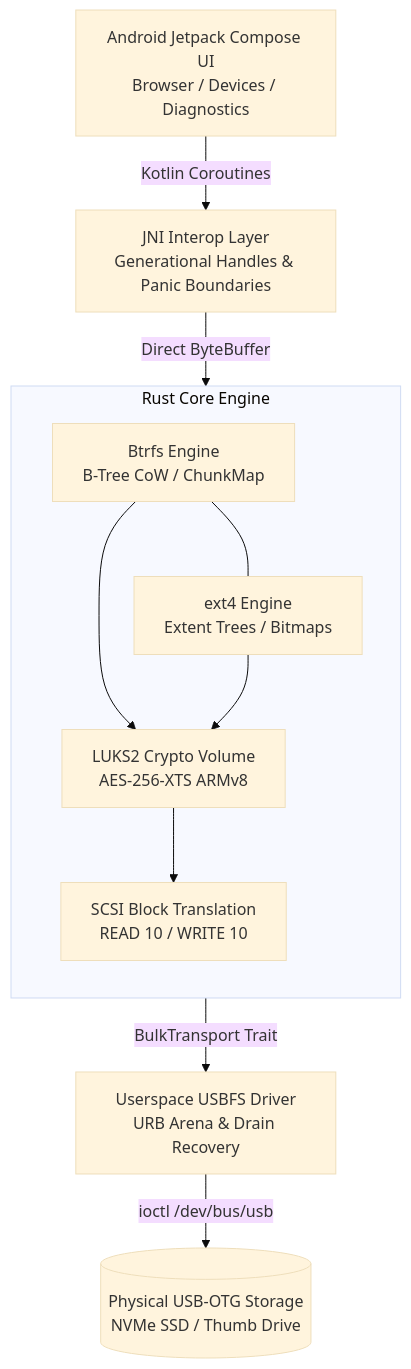
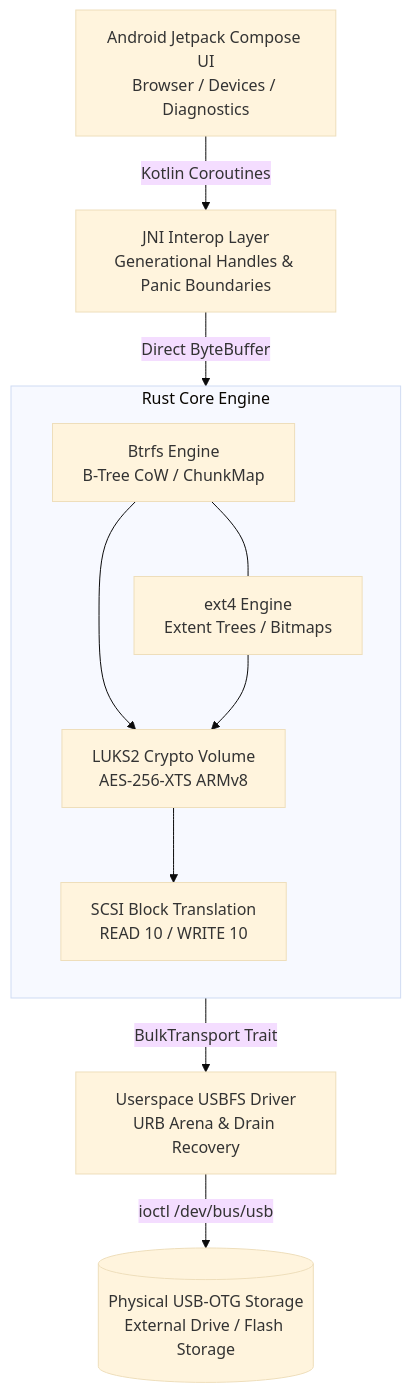
One commit to rDelmotra/luks-android changed the diagram in README.md. Above: the diagram before and after it, drawn with Mermaid (base theme). The commit also changed 27 other files, not shown here.

````diff
--- a/README.md
+++ b/README.md
@@ -66,15 +66,15 @@
 ```mermaid
 flowchart TD
     UI[Android Jetpack Compose UI<br/>Browser / Devices / Diagnostics] -->|Kotlin Coroutines| JNI[JNI Interop Layer<br/>Generational Handles & Panic Boundaries]
     JNI -->|Direct ByteBuffer| Core[Rust Core Engine]
     
     subgraph Core[Rust Core Engine]
         direction TB
         Btrfs[Btrfs Engine<br/>B-Tree CoW / ChunkMap] --- Ext4[ext4 Engine<br/>Extent Trees / Bitmaps]
         Btrfs & Ext4 --> LUKS[LUKS2 Crypto Volume<br/>AES-256-XTS ARMv8]
         LUKS --> SCSI[SCSI Block Translation<br/>READ 10 / WRITE 10]
     end
     
     Core -->|BulkTransport Trait| USBFS[Userspace USBFS Driver<br/>URB Arena & Drain Recovery]
-    USBFS -->|ioctl /dev/bus/usb| Drive[(Physical USB-OTG Storage<br/>NVMe SSD / Thumb Drive)]
+    USBFS -->|ioctl /dev/bus/usb| Drive[(Physical USB-OTG Storage<br/>External Drive / Flash Storage)]
 ```
````
